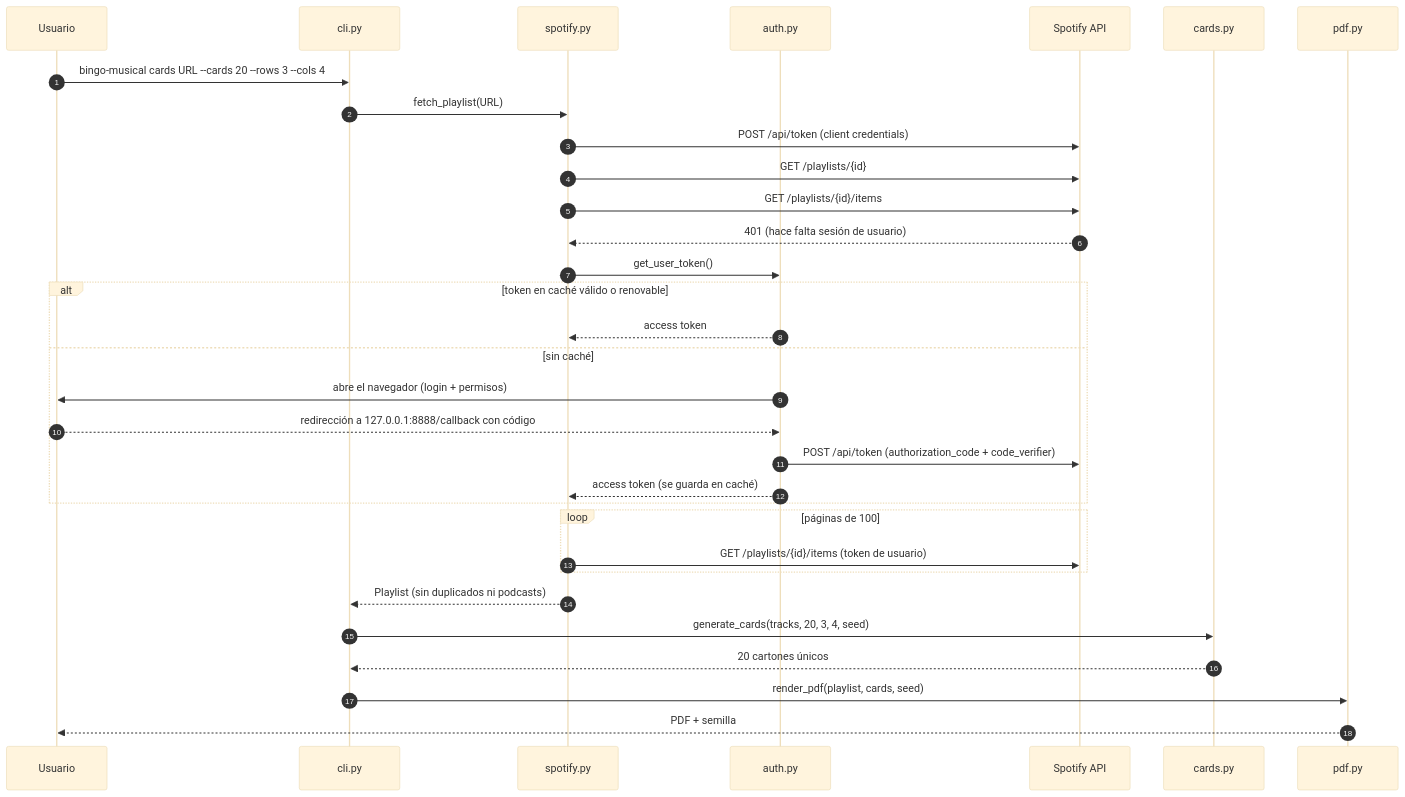
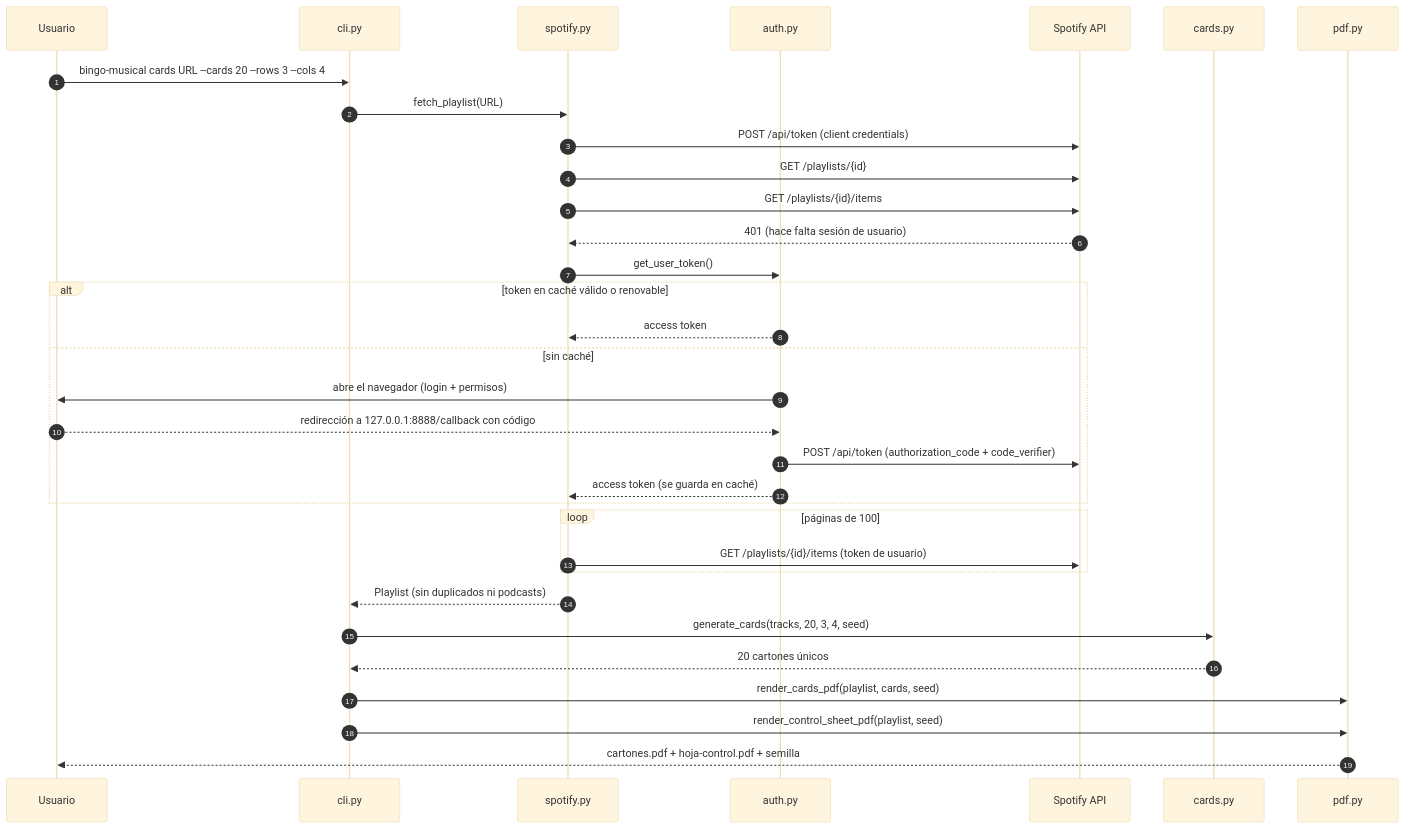
The second of 2 diagrams in README.md (pedro-poveda/bingo-musical), drawn with Mermaid (base theme) before and after one commit. The commit also changed other lines of this file and 6 other files, not shown here.

First line of the commit message:
Hoja de control en PDF aparte y carpetas por lista y fecha

````diff
--- a/README.md
+++ b/README.md
@@ -197,35 +200,36 @@
 ```mermaid
 sequenceDiagram
     autonumber
     participant U as Usuario
     participant C as cli.py
     participant S as spotify.py
     participant K as auth.py
     participant A as Spotify API
     participant G as cards.py
     participant P as pdf.py
 
     U->>C: bingo-musical cards URL --cards 20 --rows 3 --cols 4
     C->>S: fetch_playlist(URL)
     S->>A: POST /api/token (client credentials)
     S->>A: GET /playlists/{id}
     S->>A: GET /playlists/{id}/items
     A-->>S: 401 (hace falta sesión de usuario)
     S->>K: get_user_token()
     alt token en caché válido o renovable
         K-->>S: access token
     else sin caché
         K->>U: abre el navegador (login + permisos)
         U-->>K: redirección a 127.0.0.1:8888/callback con código
         K->>A: POST /api/token (authorization_code + code_verifier)
         K-->>S: access token (se guarda en caché)
     end
     loop páginas de 100
         S->>A: GET /playlists/{id}/items (token de usuario)
     end
     S-->>C: Playlist (sin duplicados ni podcasts)
     C->>G: generate_cards(tracks, 20, 3, 4, seed)
     G-->>C: 20 cartones únicos
-    C->>P: render_pdf(playlist, cards, seed)
-    P-->>U: PDF + semilla
+    C->>P: render_cards_pdf(playlist, cards, seed)
+    C->>P: render_control_sheet_pdf(playlist, seed)
+    P-->>U: cartones.pdf + hoja-control.pdf + semilla
 ```
````
